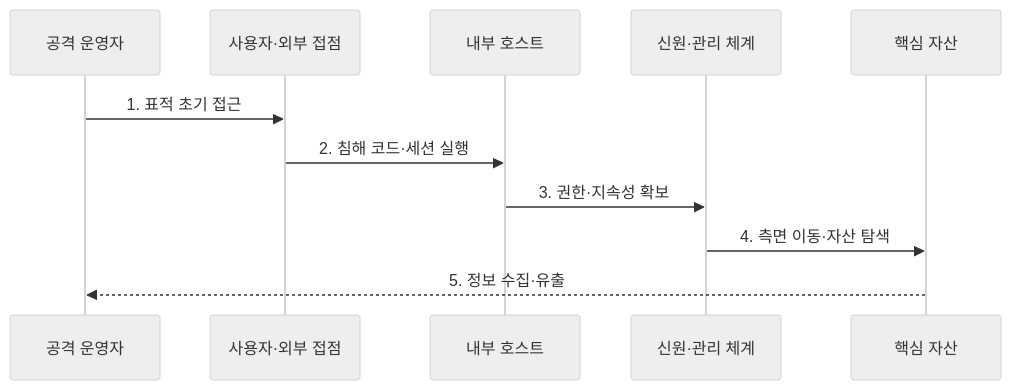
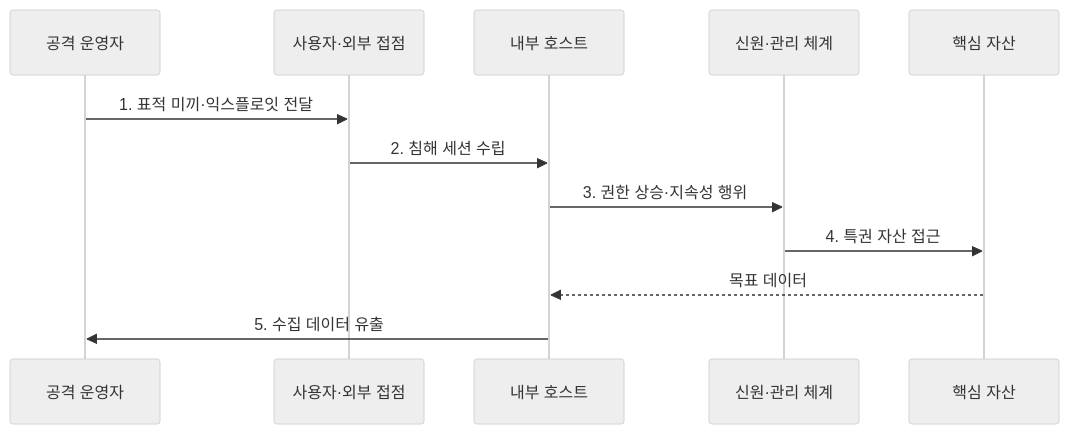
One commit to agnusdei1207/knowledge-base changed the second of 2 diagrams in src/content/docs/notes/05-security/027_advanced_persistent_threat.md. Above: the diagram before and after it, drawn with Mermaid (neutral theme). The commit also changed other lines of this file and 20 other files, not shown here.

````diff
--- a/src/content/docs/notes/05-security/027_advanced_persistent_threat.md
+++ b/src/content/docs/notes/05-security/027_advanced_persistent_threat.md
@@ -89,13 +88,14 @@
 ```mermaid
 sequenceDiagram
     participant A as 공격 운영자
     participant E as 사용자·외부 접점
     participant H as 내부 호스트
     participant I as 신원·관리 체계
     participant C as 핵심 자산
-    A->>E: 1. 표적 초기 접근
-    E->>H: 2. 침해 코드·세션 실행
-    H->>I: 3. 권한·지속성 확보
-    I->>C: 4. 측면 이동·자산 탐색
-    C-->>A: 5. 정보 수집·유출
+    A->>E: 1. 표적 미끼·익스플로잇 전달
+    E->>H: 2. 침해 세션 수립
+    H->>I: 3. 권한 상승·지속성 행위
+    I->>C: 4. 특권 자산 접근
+    C-->>H: 목표 데이터
+    H->>A: 5. 수집 데이터 유출
 ```
````
